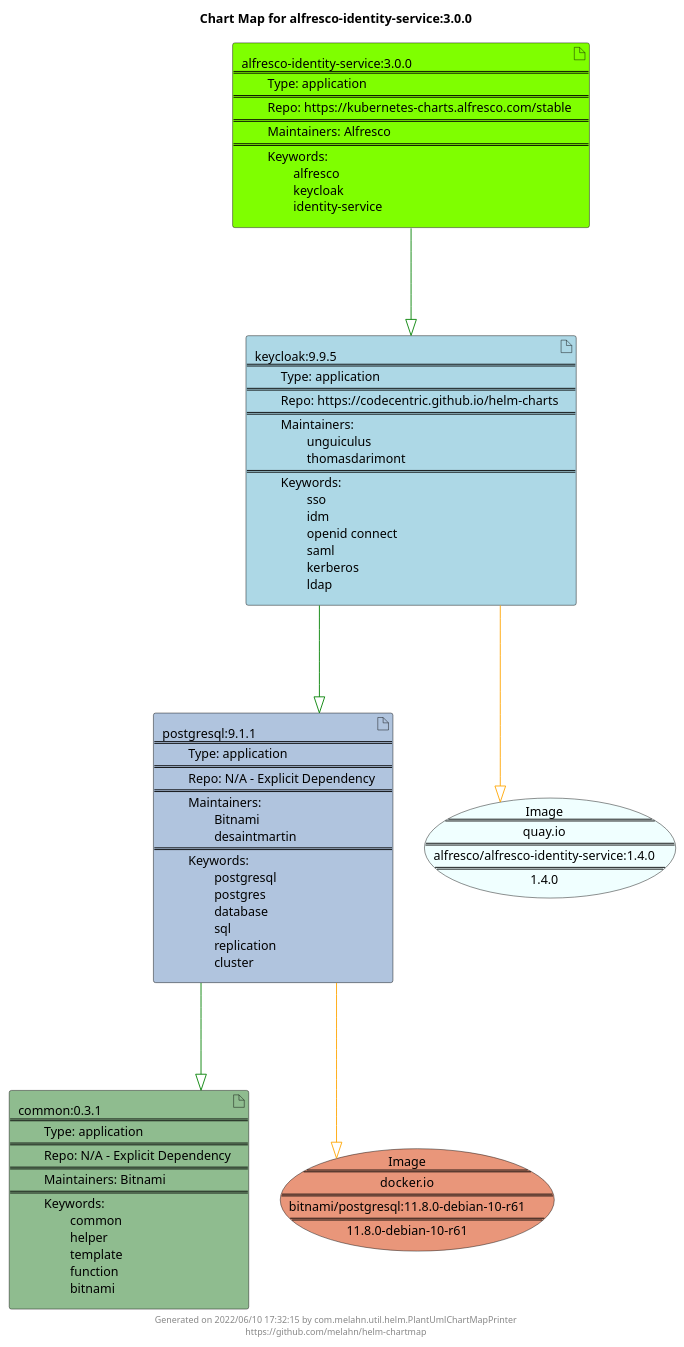
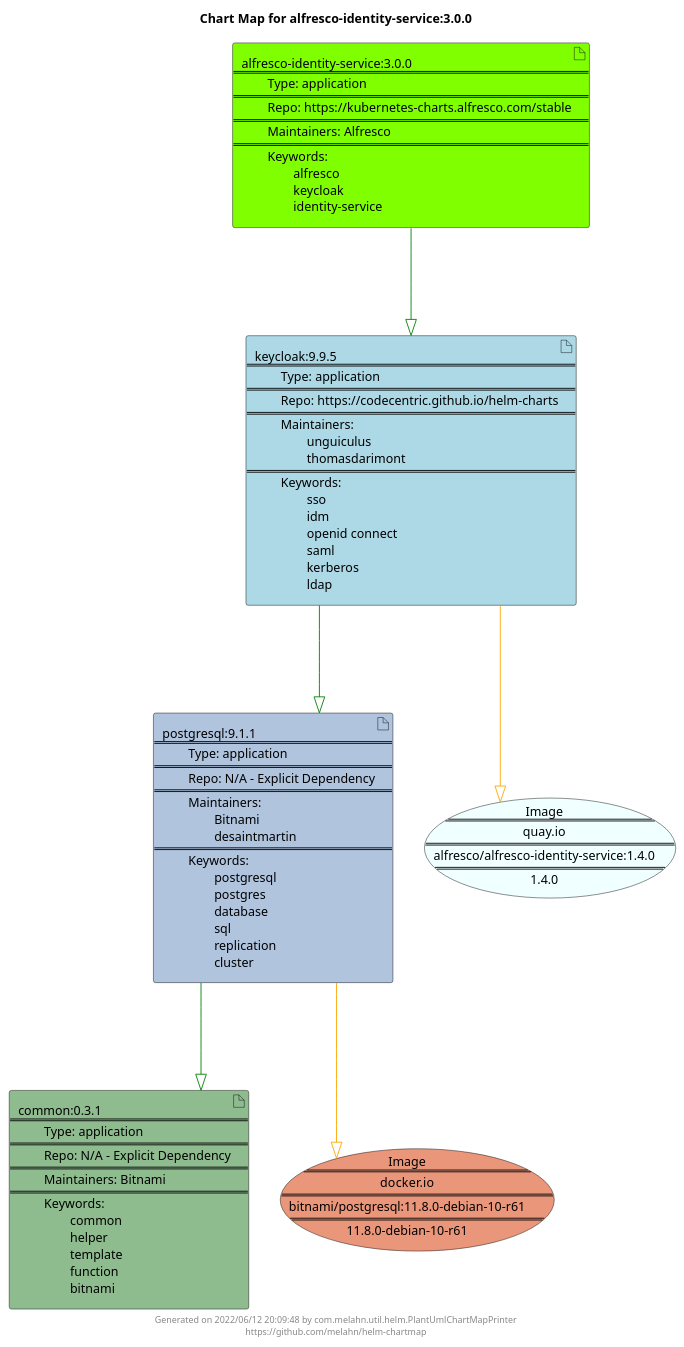
The diagram in docs/alfresco-identity-service/alfresco-identity-service-3.0.0.puml (melahn/helm-chartmap), drawn with PlantUML before and after one commit. The commit also changed 59 other files, not shown here.

Commit message:
Update Example Chart Maps as part of GitHub build

```diff
--- a/docs/alfresco-identity-service/alfresco-identity-service-3.0.0.puml
+++ b/docs/alfresco-identity-service/alfresco-identity-service-3.0.0.puml
@@ -1,29 +1,29 @@
 @startuml
 skinparam linetype ortho
 skinparam backgroundColor white
 skinparam usecaseBorderColor black
 skinparam usecaseArrowColor LightSlateGray
 skinparam artifactBorderColor black
 skinparam artifactArrowColor LightSlateGray
 
 title Chart Map for alfresco-identity-service:3.0.0
 
 'There are 4 referenced Helm Charts
 artifact "postgresql:9.1.1\n====\n\tType: application\n====\n\tRepo: N/A - Explicit Dependency\n====\n\tMaintainers: \n\t\tBitnami\n\t\tdesaintmartin\n====\n\tKeywords: \n\t\tpostgresql\n\t\tpostgres\n\t\tdatabase\n\t\tsql\n\t\treplication\n\t\tcluster" as postgresql_9_1_1 #LightSteelBlue
 artifact "alfresco-identity-service:3.0.0\n====\n\tType: application\n====\n\tRepo: https://kubernetes-charts.alfresco.com/stable\n====\n\tMaintainers: Alfresco\n====\n\tKeywords: \n\t\talfresco\n\t\tkeycloak\n\t\tidentity-service" as alfresco_identity_service_3_0_0 #Chartreuse
 artifact "keycloak:9.9.5\n====\n\tType: application\n====\n\tRepo: https://codecentric.github.io/helm-charts\n====\n\tMaintainers: \n\t\tunguiculus\n\t\tthomasdarimont\n====\n\tKeywords: \n\t\tsso\n\t\tidm\n\t\topenid connect\n\t\tsaml\n\t\tkerberos\n\t\tldap" as keycloak_9_9_5 #LightBlue
 artifact "common:0.3.1\n====\n\tType: application\n====\n\tRepo: N/A - Explicit Dependency\n====\n\tMaintainers: Bitnami\n====\n\tKeywords: \n\t\tcommon\n\t\thelper\n\t\ttemplate\n\t\tfunction\n\t\tbitnami" as common_0_3_1 #DarkSeaGreen
 
 'There are 2 referenced Docker Images
 usecase "Image\n====\ndocker.io\n====\nbitnami/postgresql:11.8.0-debian-10-r61\n====\n11.8.0-debian-10-r61" as docker_io_bitnami_postgresql_11_8_0_debian_10_r61 #DarkSalmon
 usecase "Image\n====\nquay.io\n====\nalfresco/alfresco-identity-service:1.4.0\n====\n1.4.0" as quay_io_alfresco_alfresco_identity_service_1_4_0 #Azure
 
 'Chart Dependencies
 alfresco_identity_service_3_0_0--[#green]-|>keycloak_9_9_5
 keycloak_9_9_5--[#green]-|>postgresql_9_1_1
 postgresql_9_1_1--[#green]-|>common_0_3_1
 postgresql_9_1_1--[#orange]-|>docker_io_bitnami_postgresql_11_8_0_debian_10_r61
 keycloak_9_9_5--[#orange]-|>quay_io_alfresco_alfresco_identity_service_1_4_0
 
-center footer Generated on 2022/06/10 17:32:15 by com.melahn.util.helm.PlantUmlChartMapPrinter\nhttps://github.com/melahn/helm-chartmap
+center footer Generated on 2022/06/12 20:09:48 by com.melahn.util.helm.PlantUmlChartMapPrinter\nhttps://github.com/melahn/helm-chartmap
 @enduml
```
